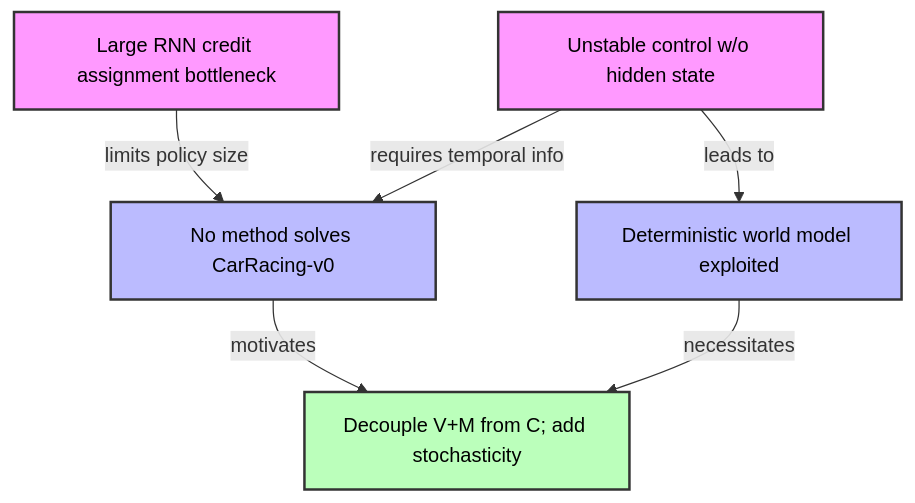
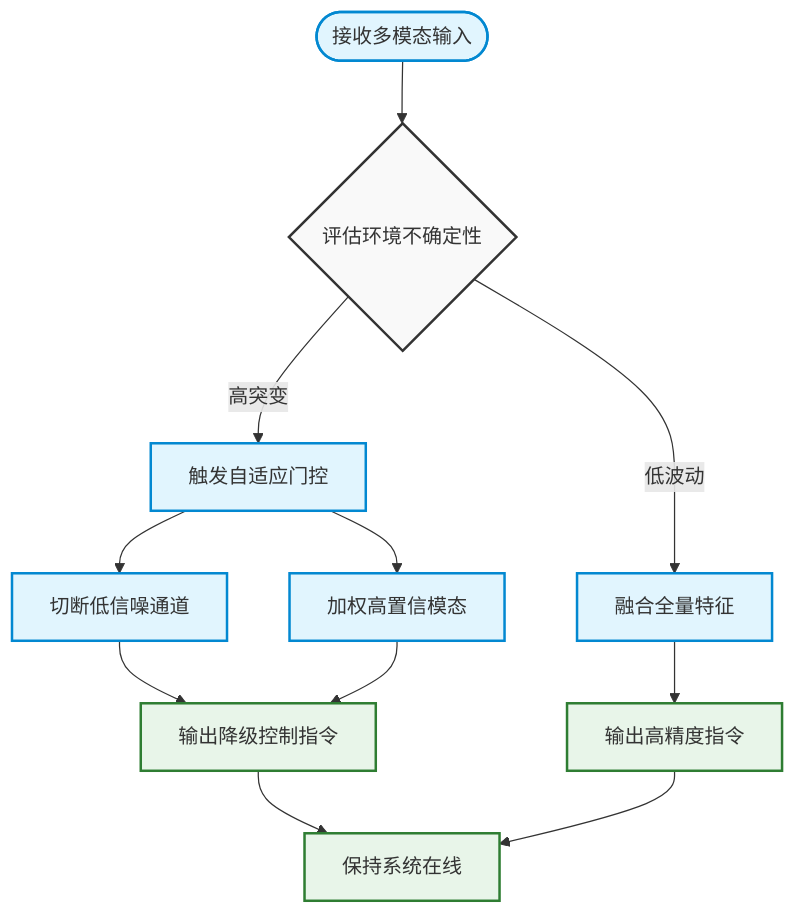
Before and after one commit to ShinewineW/paper-rolling: the first of 10 diagrams in person_vault/2026-06-08_WorldModels_1803.10122/report.md, drawn with Mermaid. The commit also changed other lines of this file and 300 other files, not shown here.

````diff
--- a/person_vault/2026-06-08_WorldModels_1803.10122/report.md
+++ b/person_vault/2026-06-08_WorldModels_1803.10122/report.md
@@ -47,21 +43,19 @@
 ```mermaid
-graph TB
-    o1["Large RNN credit assignment bottleneck"]
-    o2["Unstable control w/o hidden state"]
-    g1["No method solves CarRacing-v0"]
-    g2["Deterministic world model exploited"]
-    insight["Decouple V+M from C; add stochasticity"]
-
-    o1 -->|"limits policy size"| g1
-    o2 -->|"requires temporal info"| g1
-    o2 -->|"leads to"| g2
-    g1 -->|"motivates"| insight
-    g2 -->|"necessitates"| insight
-
-    classDef obs fill:#f9f,stroke:#333,stroke-width:2px,color:#000;
-    classDef gap fill:#bbf,stroke:#333,stroke-width:2px,color:#000;
-    classDef ins fill:#bfb,stroke:#333,stroke-width:2px,color:#000;
-    class o1,o2 obs
-    class g1,g2 gap
-    class insight ins
+flowchart TD
+    start_node(["接收多模态输入"]) --> assess{评估环境不确定性}
+    assess -- 低波动 --> static_fusion["融合全量特征"]
+    assess -- 高突变 --> trigger_gate["触发自适应门控"]
+    trigger_gate --> suppress_noise["切断低信噪通道"]
+    trigger_gate --> boost_robust["加权高置信模态"]
+    suppress_noise --> output_control["输出降级控制指令"]
+    boost_robust --> output_control
+    static_fusion --> output_high_acc["输出高精度指令"]
+    output_control --> maintain_online["保持系统在线"]
+    output_high_acc --> maintain_online
+    classDef decision fill:#f9f9f9,stroke:#333,stroke-width:2px;
+    classDef process fill:#e1f5fe,stroke:#0288d1,stroke-width:2px;
+    classDef outcome fill:#e8f5e9,stroke:#2e7d32,stroke-width:2px;
+    class assess decision;
+    class start_node,static_fusion,trigger_gate,suppress_noise,boost_robust process;
+    class output_control,output_high_acc,maintain_online outcome;
 ```
````
